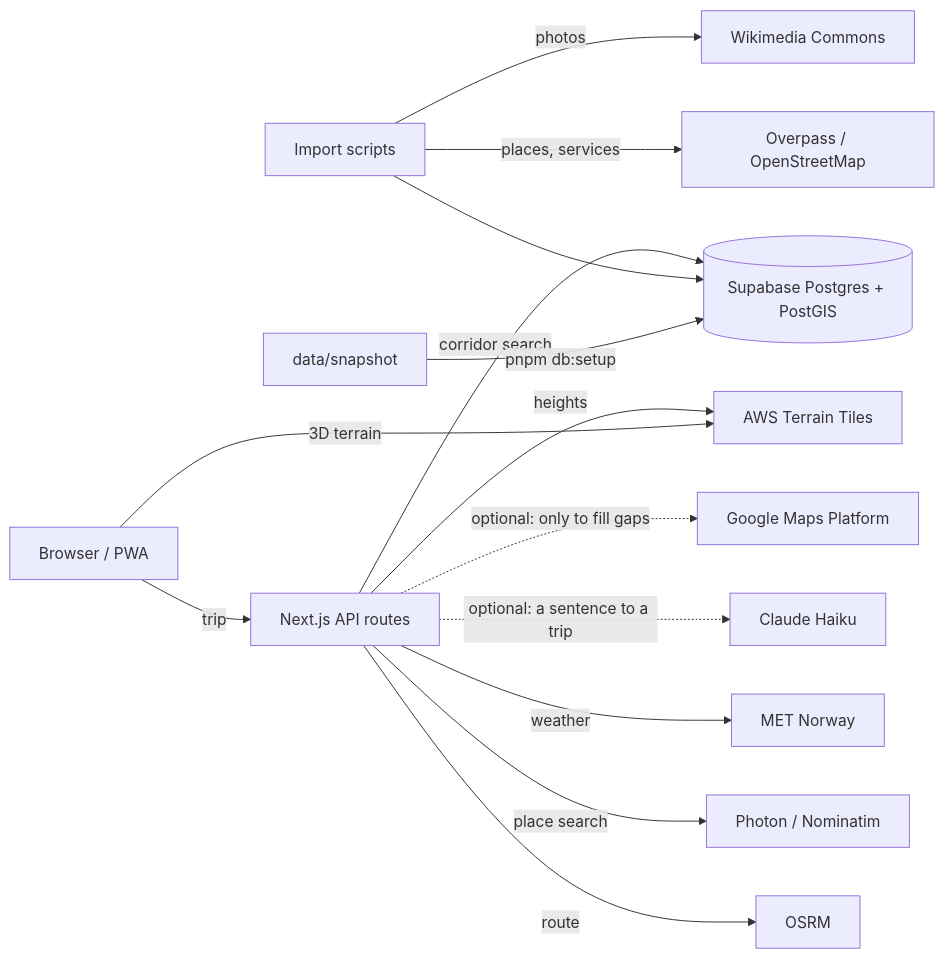
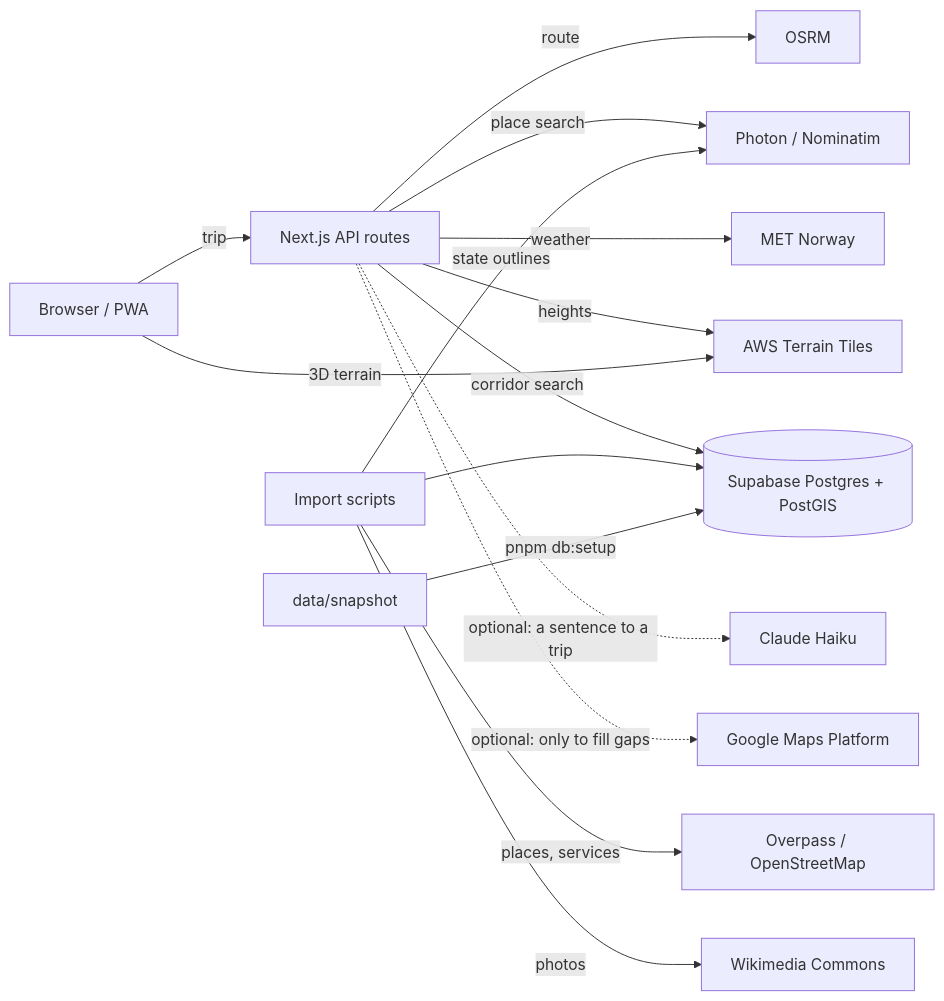
One commit to Subhi2/Triplan changed the diagram in README.md. Above: the diagram before and after it, drawn with Mermaid. The commit also changed other lines of this file and 2 other files, not shown here.

````diff
--- a/README.md
+++ b/README.md
@@ -41,16 +43,17 @@
 ```mermaid
 flowchart LR
   U[Browser / PWA] -->|trip| A[Next.js API routes]
   A -->|route| O[OSRM]
   A -->|place search| P[Photon / Nominatim]
   A -->|weather| M[MET Norway]
   A -->|heights| T[AWS Terrain Tiles]
   A -->|corridor search| DB[(Supabase Postgres + PostGIS)]
   U -->|3D terrain| T
   I[Import scripts] -->|places, services| OV[Overpass / OpenStreetMap]
+  I -->|state outlines| P
   I -->|photos| W[Wikimedia Commons]
   I --> DB
   S[data/snapshot] -->|pnpm db:setup| DB
   A -. "optional: a sentence to a trip" .-> C[Claude Haiku]
   A -. "optional: only to fill gaps" .-> G[Google Maps Platform]
 ```
````
